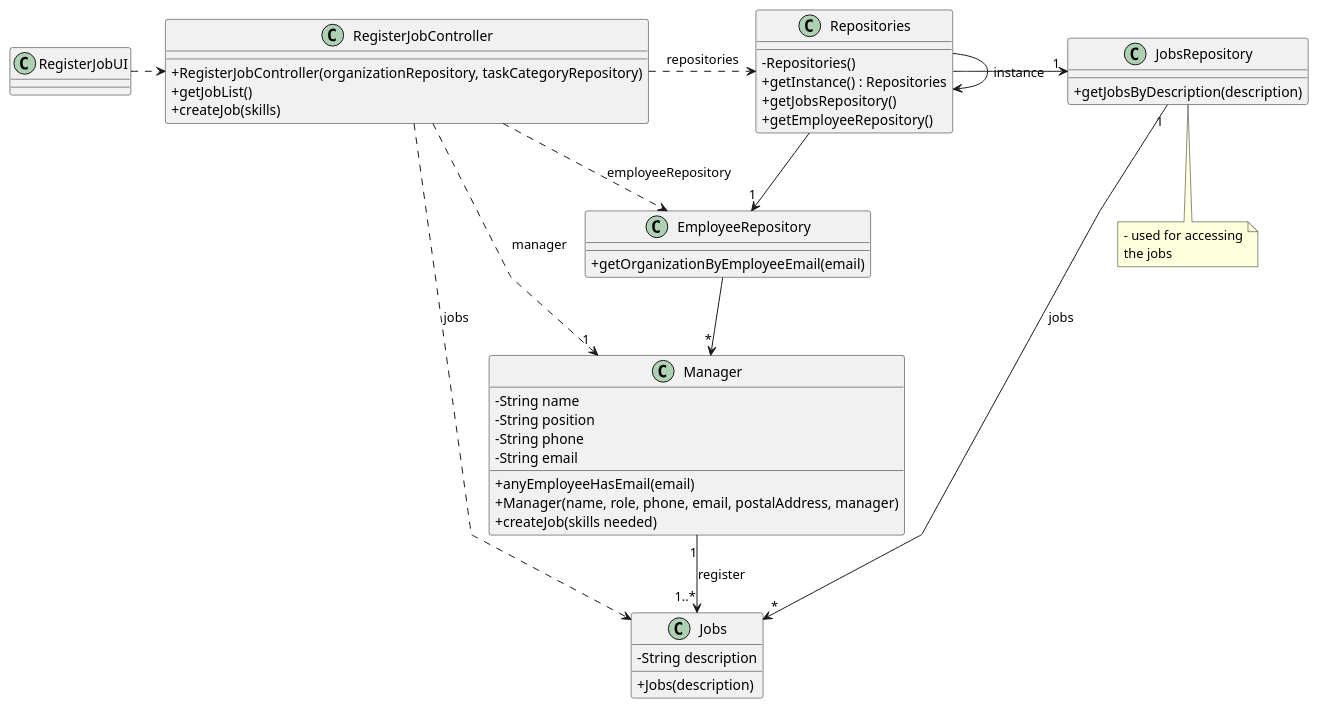
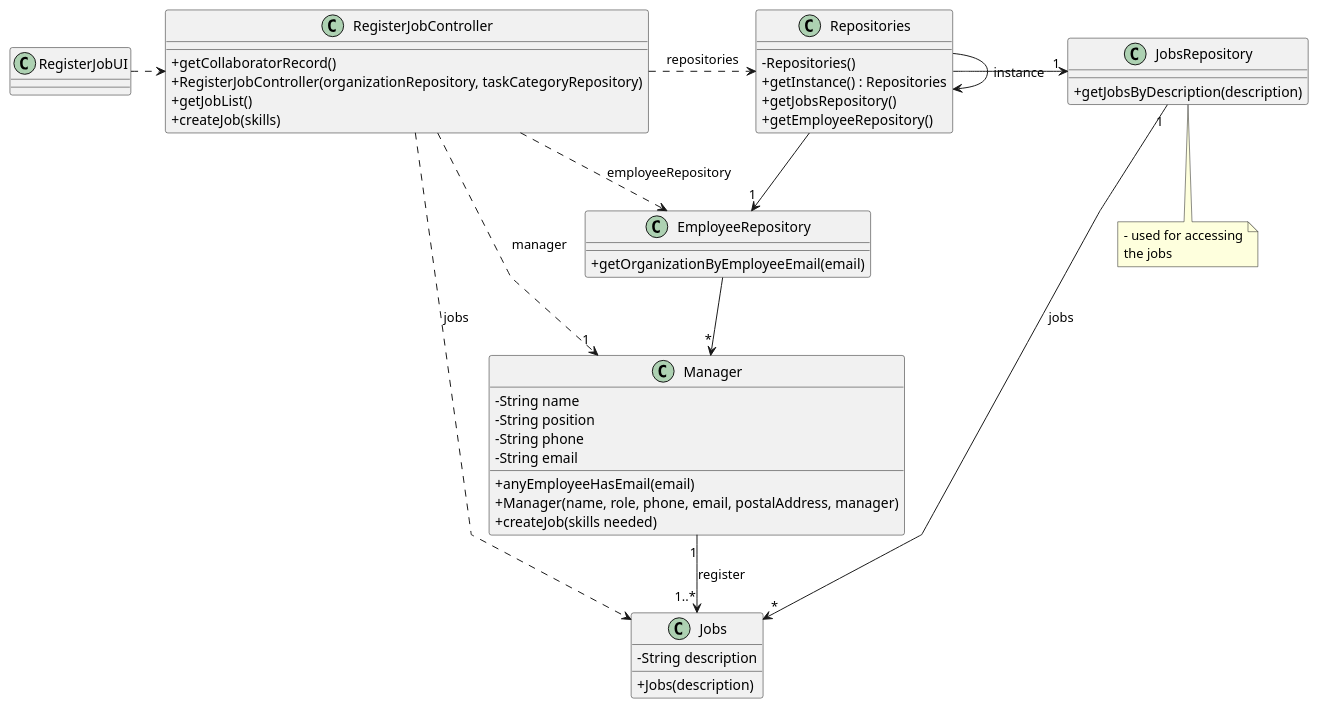
One commit to Departamento-de-Engenharia-Informatica/lei-24-s2-1df-1de-g063 changed the diagram in docs/sprint B/us002/03.design/puml/us02-class-diagram.puml. Above: the diagram before and after it, drawn with PlantUML.

Commit message:
Small changes on class diagrams

```diff
--- a/docs/sprint B/us002/03.design/puml/us02-class-diagram.puml
+++ b/docs/sprint B/us002/03.design/puml/us02-class-diagram.puml
@@ -1,78 +1,80 @@
 @startuml
 'skinparam monochrome true
 skinparam packageStyle rectangle
 skinparam shadowing false
 skinparam linetype polyline
 'skinparam linetype orto
 
 skinparam classAttributeIconSize 0
 
 'left to right direction
 
 class Jobs {
     - String description
 
     + Jobs(description)
 }
 
 class Manager {
     - String name
     - String position
     - String phone
     - String email
 
     + anyEmployeeHasEmail(email)
     + Manager(name, role, phone, email, postalAddress, manager)
     + createJob(skills needed)
 }
 
 class JobsRepository {
     + getJobsByDescription(description)
 }
 
 class EmployeeRepository {
     + getOrganizationByEmployeeEmail(email)
 }
 
 class Repositories {
     - Repositories()
     + getInstance() : Repositories
     + getJobsRepository()
     + getEmployeeRepository()
 }
 
 class RegisterJobController {
+
+    + getCollaboratorRecord()
     + RegisterJobController(organizationRepository, taskCategoryRepository)
     + getJobList()
     + createJob(skills)
 }
 
 note bottom of JobsRepository
     - used for accessing
     the jobs
 end note
 
 class RegisterJobUI {
 }
 
 Repositories -> Repositories : instance
 
 RegisterJobUI .> RegisterJobController
 
 RegisterJobController .> Repositories : repositories
 
 Repositories -> "1" JobsRepository
 
 RegisterJobController ..> Jobs : jobs
 RegisterJobController ..> EmployeeRepository : employeeRepository
 
 
 Repositories --> "1" EmployeeRepository
 
 EmployeeRepository --> "*" Manager
 
 RegisterJobController ..> "1" Manager : manager
 JobsRepository "1" --> "*" Jobs : jobs
 Manager "1" --> "1..*" Jobs : register
 
 @enduml
```
